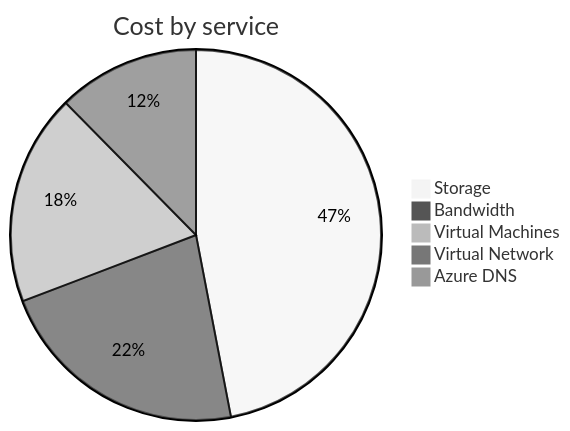
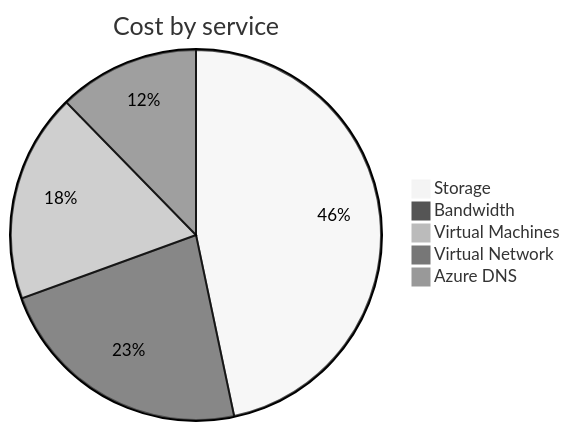
Before and after one commit to jpfulton/azure-personal-reports: the second of 4 diagrams in cost-reports/personal-network/README.md, drawn with Mermaid (neutral theme). The commit also changed other lines of this file and 8 other files, not shown here.

````diff
--- a/cost-reports/personal-network/README.md
+++ b/cost-reports/personal-network/README.md
@@ -95,9 +95,9 @@
 ```mermaid
 pie
    title Cost by service
-   "Storage" : 17.26
-   "Bandwidth" : 8.16
-   "Virtual Machines" : 6.77
-   "Virtual Network" : 4.55
-   "Azure DNS" : 0.31
+   "Storage" : 18.17
+   "Bandwidth" : 8.85
+   "Virtual Machines" : 7.10
+   "Virtual Network" : 4.79
+   "Azure DNS" : 0.32
 ```
````
